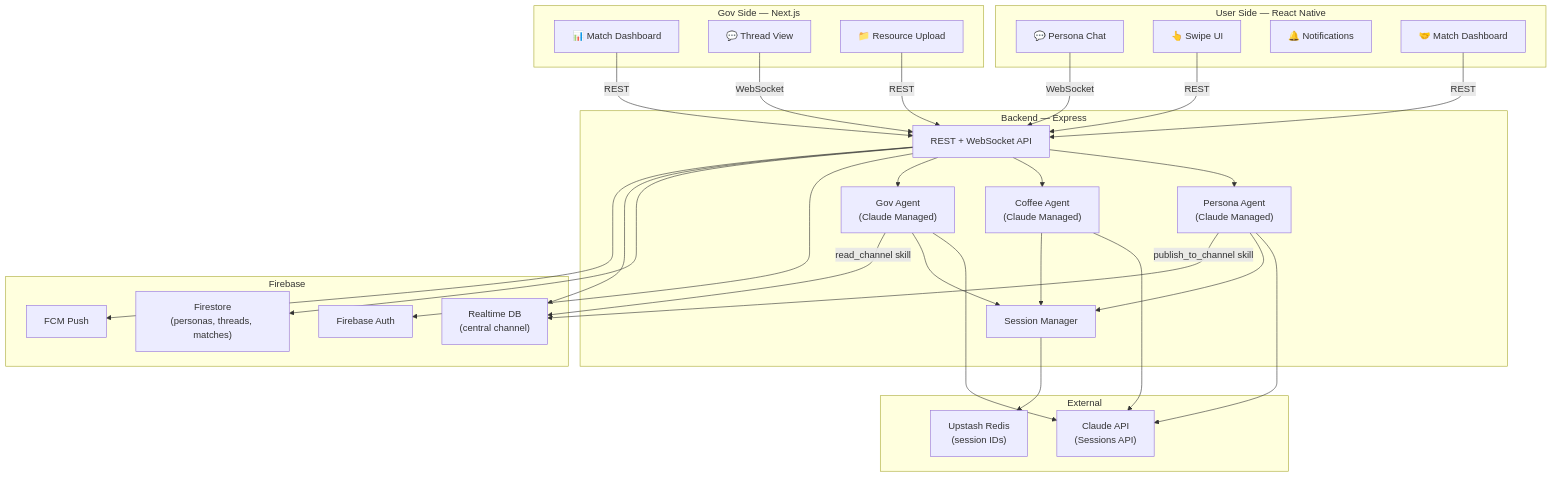
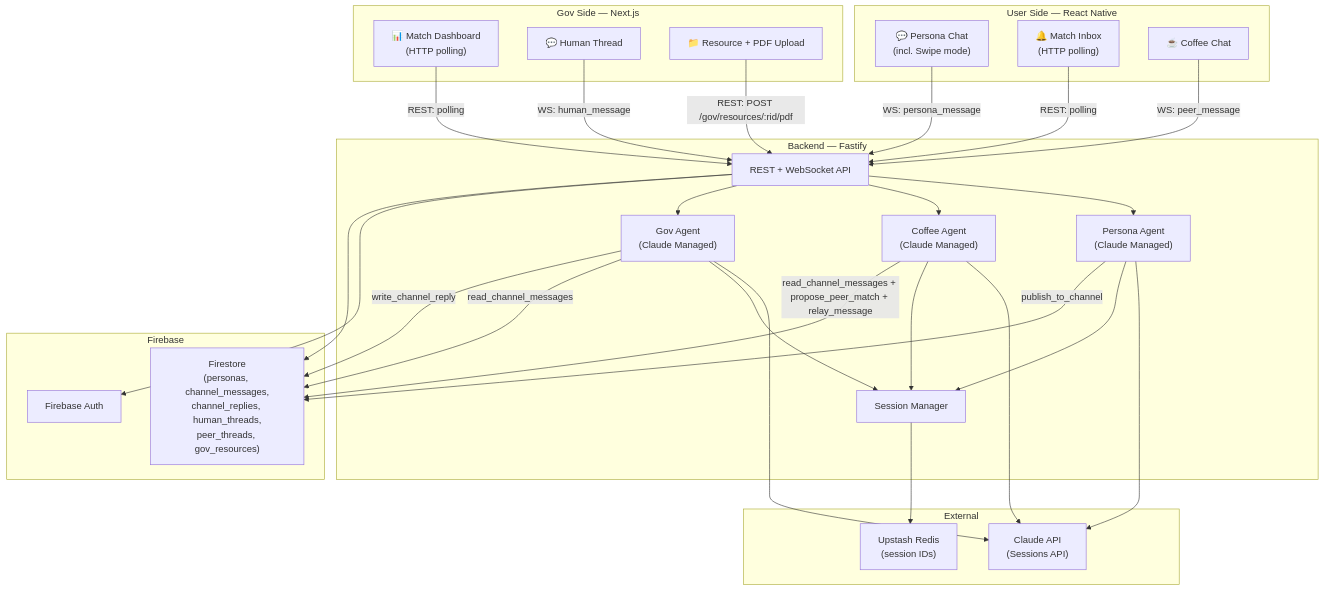
Before and after one commit to racercode/MATCHA: the diagram in plan.md, drawn with Mermaid. The commit also changed other lines of this file and 2 other files, not shown here.

````diff
--- a/plan.md
+++ b/plan.md
@@ -19,63 +29,60 @@
 ```mermaid
 graph TB
     subgraph "User Side — React Native"
-        RN_CHAT["💬 Persona Chat"]
-        RN_SWIPE["👆 Swipe UI"]
-        RN_NOTIF["🔔 Notifications"]
-        RN_MATCH["🤝 Match Dashboard"]
+        RN_CHAT["💬 Persona Chat\n(incl. Swipe mode)"]
+        RN_NOTIF["🔔 Match Inbox\n(HTTP polling)"]
+        RN_COFFEE["☕ Coffee Chat"]
     end
 
     subgraph "Gov Side — Next.js"
-        WEB_DASH["📊 Match Dashboard"]
-        WEB_THREAD["💬 Thread View"]
-        WEB_UPLOAD["📁 Resource Upload"]
+        WEB_DASH["📊 Match Dashboard\n(HTTP polling)"]
+        WEB_THREAD["💬 Human Thread"]
+        WEB_UPLOAD["📁 Resource + PDF Upload"]
     end
 
-    subgraph "Backend — Express"
+    subgraph "Backend — Fastify"
         API["REST + WebSocket API"]
         PERSONA_AGENT["Persona Agent\n(Claude Managed)"]
         COFFEE_AGENT["Coffee Agent\n(Claude Managed)"]
         GOV_AGENT["Gov Agent\n(Claude Managed)"]
         SESSION["Session Manager"]
     end
 
     subgraph "Firebase"
         AUTH["Firebase Auth"]
-        FS["Firestore\n(personas, threads, matches)"]
-        RTDB["Realtime DB\n(central channel)"]
-        FCM["FCM Push"]
+        FS["Firestore\n(personas, channel_messages,\nchannel_replies, human_threads,\npeer_threads, gov_resources)"]
     end
 
     subgraph "External"
         CLAUDE["Claude API\n(Sessions API)"]
         REDIS["Upstash Redis\n(session IDs)"]
     end
 
-    RN_CHAT -- "WebSocket" --> API
-    RN_SWIPE -- "REST" --> API
-    RN_MATCH -- "REST" --> API
-    WEB_DASH -- "REST" --> API
-    WEB_THREAD -- "WebSocket" --> API
-    WEB_UPLOAD -- "REST" --> API
+    RN_CHAT -- "WS: persona_message" --> API
+    RN_NOTIF -- "REST: polling" --> API
+    RN_COFFEE -- "WS: peer_message" --> API
+    WEB_DASH -- "REST: polling" --> API
+    WEB_THREAD -- "WS: human_message" --> API
+    WEB_UPLOAD -- "REST: POST /gov/resources/:rid/pdf" --> API
 
     API --> PERSONA_AGENT
     API --> COFFEE_AGENT
     API --> GOV_AGENT
 
     PERSONA_AGENT --> CLAUDE
     COFFEE_AGENT --> CLAUDE
     GOV_AGENT --> CLAUDE
 
     SESSION --> REDIS
     PERSONA_AGENT --> SESSION
     COFFEE_AGENT --> SESSION
     GOV_AGENT --> SESSION
 
     API --> AUTH
     API --> FS
-    API --> RTDB
-    API --> FCM
 
-    GOV_AGENT -- "read_channel skill" --> RTDB
-    PERSONA_AGENT -- "publish_to_channel skill" --> RTDB
+    GOV_AGENT -- "read_channel_messages" --> FS
+    GOV_AGENT -- "write_channel_reply" --> FS
+    PERSONA_AGENT -- "publish_to_channel" --> FS
+    COFFEE_AGENT -- "read_channel_messages + propose_peer_match + relay_message" --> FS
 ```
````
